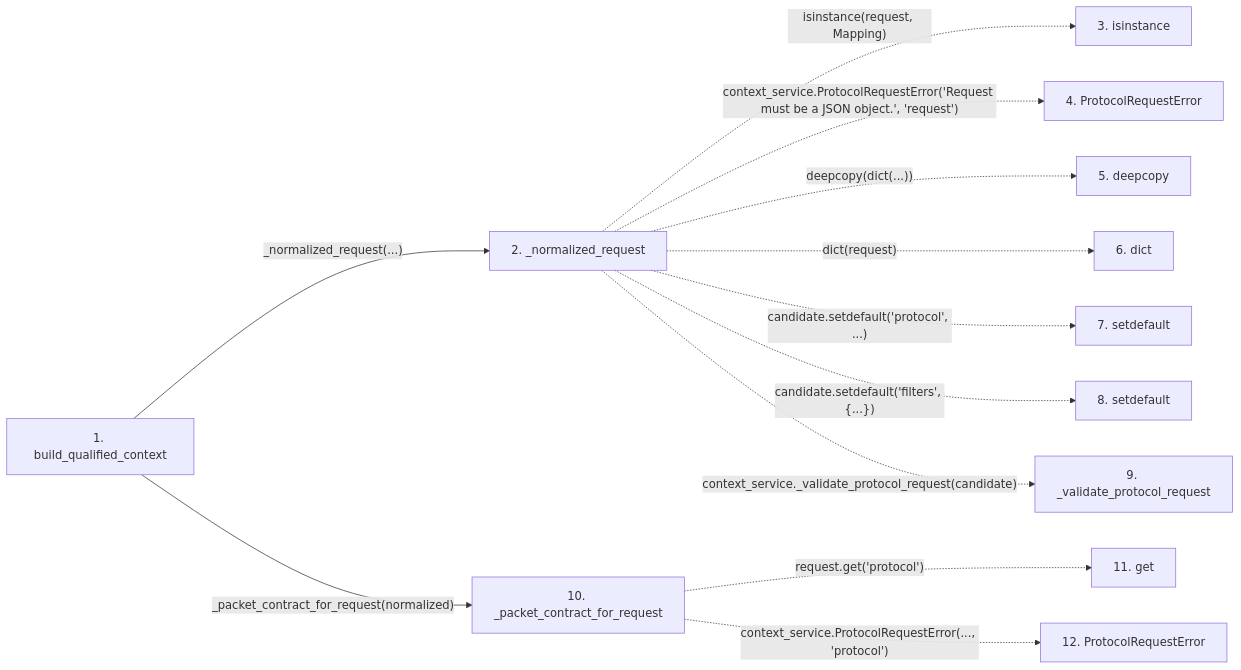
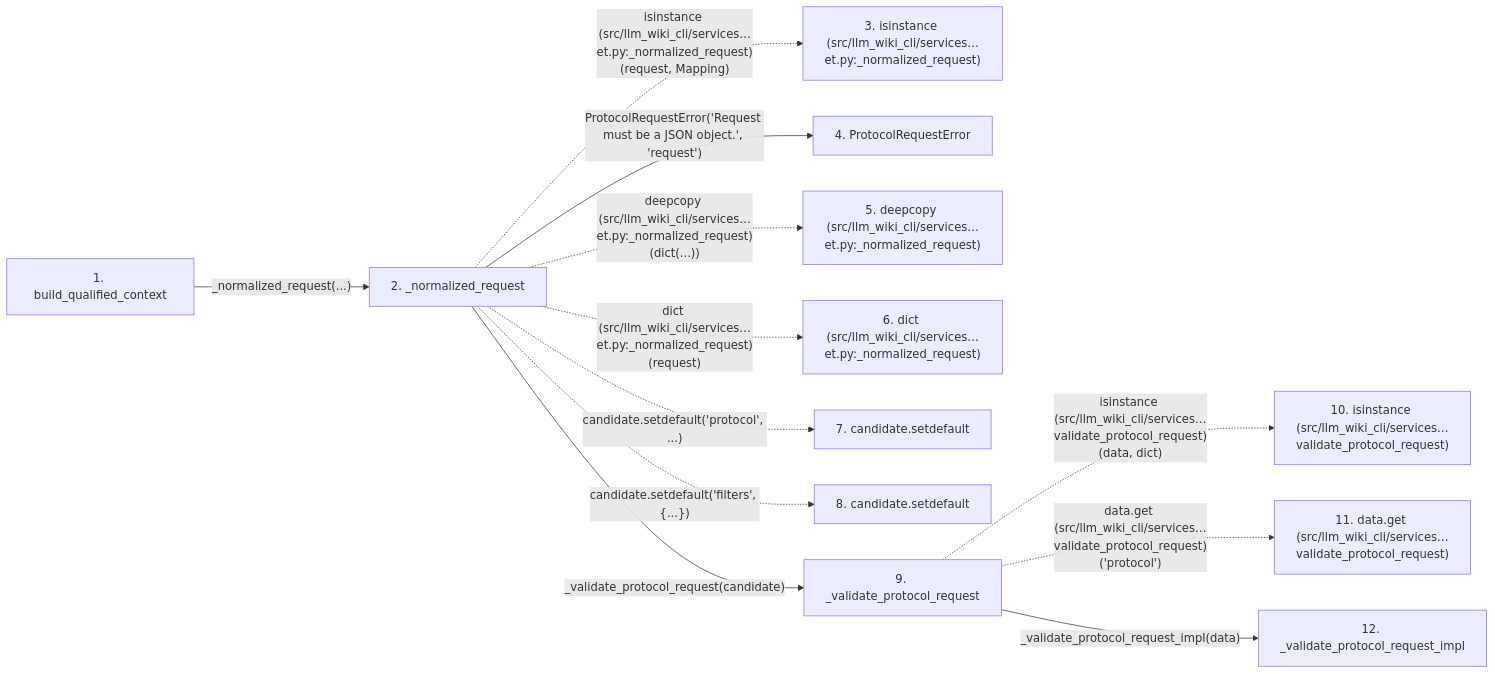
The second of 2 diagrams in docs/llm_wiki/flows/api-build_qualified_context-context_packet.md (Denissvgn/python-wiki-llm), drawn with Mermaid before and after one commit. The commit also changed other lines of this file and 719 other files, not shown here.

````diff
--- a/docs/llm_wiki/flows/api-build_qualified_context-context_packet.md
+++ b/docs/llm_wiki/flows/api-build_qualified_context-context_packet.md
@@ -94,29 +123,31 @@
 ```mermaid
 flowchart LR
     s1["1. build_qualified_context"]
     s2["2. _normalized_request"]
-    s3["3. isinstance"]
+    s3["3. isinstance (src/llm_wiki_cli/services…et.py:_normalized_request)"]
     s4["4. ProtocolRequestError"]
-    s5["5. deepcopy"]
-    s6["6. dict"]
-    s7["7. setdefault"]
-    s8["8. setdefault"]
+    s5["5. deepcopy (src/llm_wiki_cli/services…et.py:_normalized_request)"]
+    s6["6. dict (src/llm_wiki_cli/services…et.py:_normalized_request)"]
+    s7["7. candidate.setdefault"]
+    s8["8. candidate.setdefault"]
     s9["9. _validate_protocol_request"]
-    s10["10. _packet_contract_for_request"]
-    s11["11. get"]
-    s12["12. ProtocolRequestError"]
+    s10["10. isinstance (src/llm_wiki_cli/services…validate_protocol_request)"]
+    s11["11. data.get (src/llm_wiki_cli/services…validate_protocol_request)"]
+    s12["12. _validate_protocol_request_impl"]
     s1 -->|"_normalized_request(...)"| s2
-    s2 -. "isinstance(request, Mapping)" .-> s3
-    s2 -. "context_service.ProtocolRequestError('Request must be a JSON object.', 'request')" .-> s4
-    s2 -. "deepcopy(dict(...))" .-> s5
-    s2 -. "dict(request)" .-> s6
+    s2 -. "isinstance (src/llm_wiki_cli/services…et.py:_normalized_request)(request, Mapping)" .-> s3
+    s2 -->|"ProtocolRequestError('Request must be a JSON object.', 'request')"| s4
+    s2 -. "deepcopy (src/llm_wiki_cli/services…et.py:_normalized_request)(dict(...))" .-> s5
+    s2 -. "dict (src/llm_wiki_cli/services…et.py:_normalized_request)(request)" .-> s6
     s2 -. "candidate.setdefault('protocol', ...)" .-> s7
     s2 -. "candidate.setdefault('filters', {...})" .-> s8
-    s2 -. "context_service._validate_protocol_request(candidate)" .-> s9
-    s1 -->|"_packet_contract_for_request(normalized)"| s10
-    s10 -. "request.get('protocol')" .-> s11
-    s10 -. "context_service.ProtocolRequestError(..., 'protocol')" .-> s12
+    s2 -->|"_validate_protocol_request(candidate)"| s9
+    s9 -. "isinstance (src/llm_wiki_cli/services…validate_protocol_request)(data, dict)" .-> s10
+    s9 -. "data.get (src/llm_wiki_cli/services…validate_protocol_request)('protocol')" .-> s11
+    s9 -->|"_validate_protocol_request_impl(data)"| s12
     click s1 "../modules/context_packet.md"
     click s2 "../modules/context_packet.md"
-    click s10 "../modules/context_packet.md"
+    click s4 "../modules/context_service.md"
+    click s9 "../modules/context_service.md"
+    click s12 "../modules/context_service.md"
 ```
````
